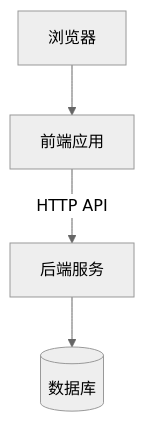
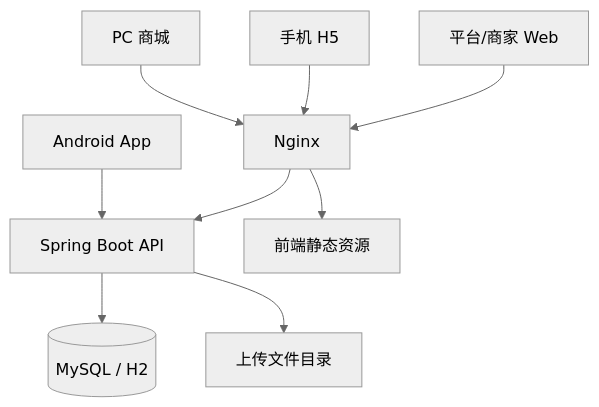
The diagram in eshop-release-v1.0/docs/02-设计文档/系统架构设计.md (yyou90144-lgtm/starx-eshop), drawn with Mermaid (neutral theme) before and after one commit. The commit also changed other lines of this file and 23 other files, not shown here.

````diff
--- a/eshop-release-v1.0/docs/02-设计文档/系统架构设计.md
+++ b/eshop-release-v1.0/docs/02-设计文档/系统架构设计.md
@@ -27,6 +26,11 @@
 ```mermaid
 flowchart TB
-  U[浏览器] --> FE[前端应用]
-  FE -->|HTTP API| BE[后端服务]
-  BE --> DB[(数据库)]
+  PC[PC 商城] --> NGX[Nginx]
+  H5[手机 H5] --> NGX
+  ADM[平台/商家 Web] --> NGX
+  AND[Android App] --> API[Spring Boot API]
+  NGX --> FE[前端静态资源]
+  NGX --> API
+  API --> DB[(MySQL / H2)]
+  API --> FS[上传文件目录]
 ```
````
